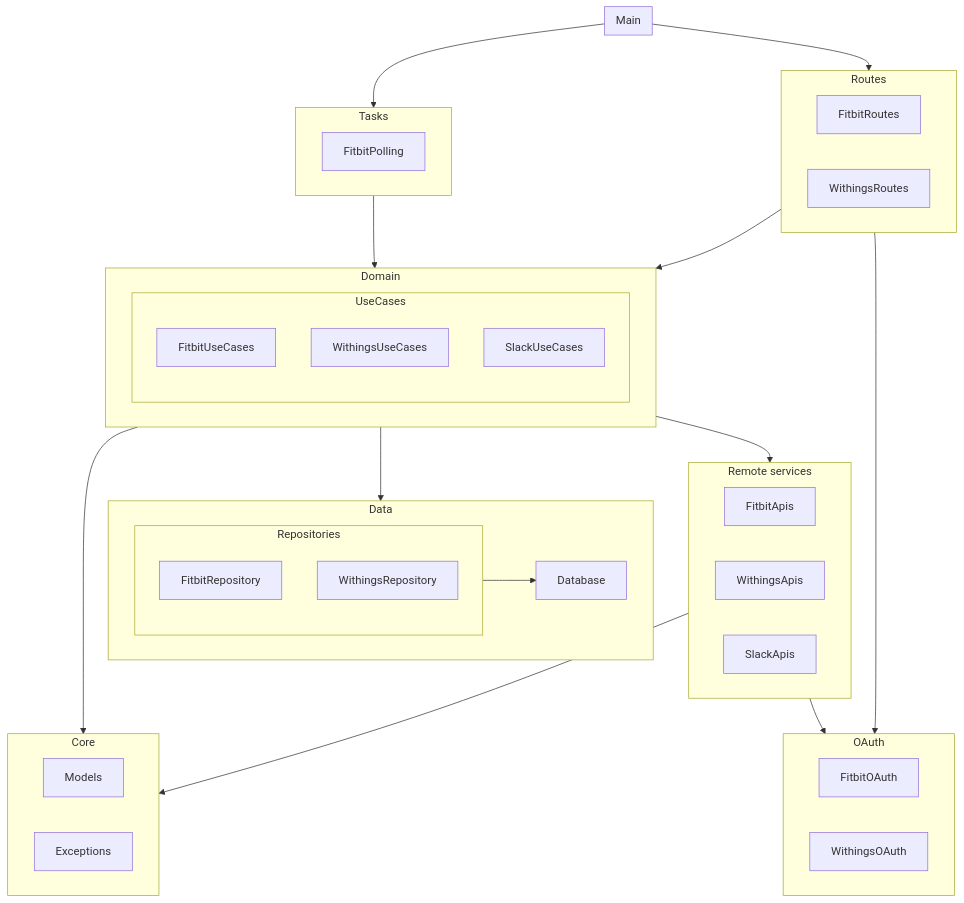
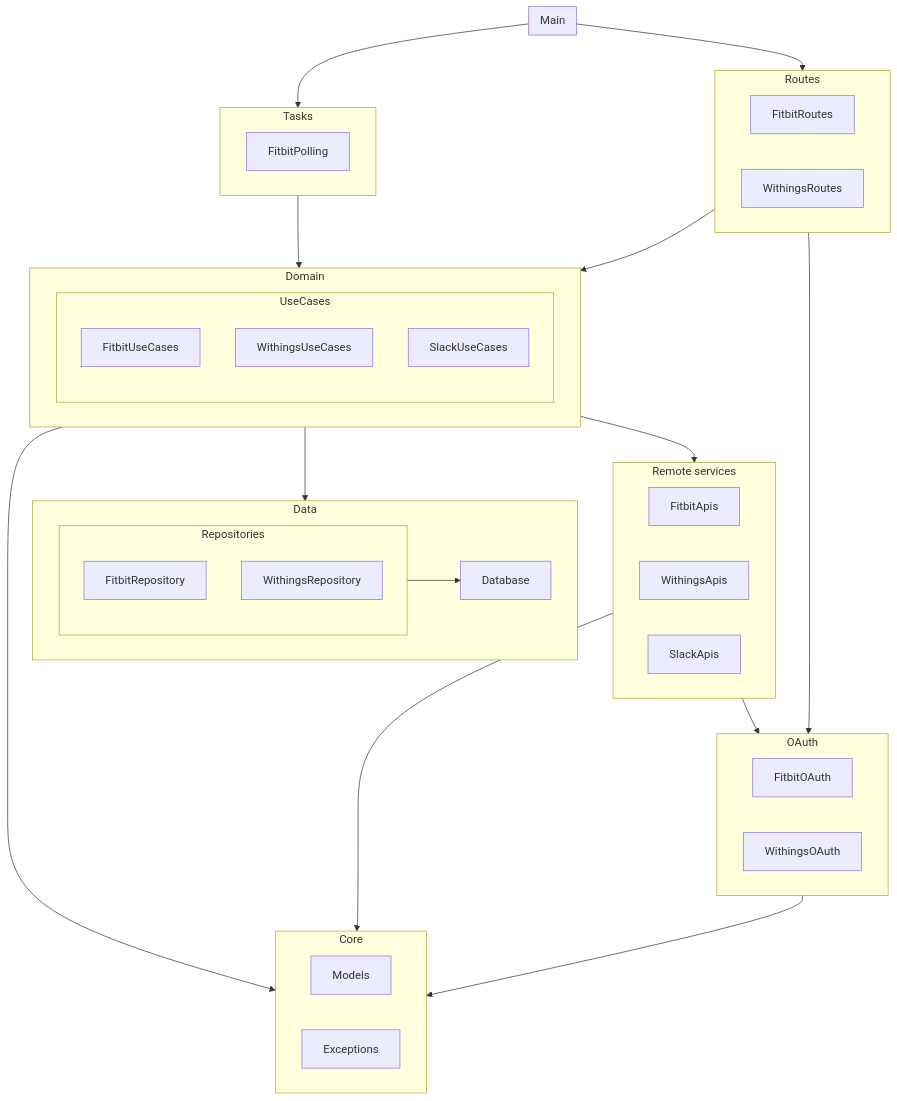
The second of 2 diagrams in docs/architecture.md (caarmen/withings-slack), drawn with Mermaid before and after one commit.

Commit message:
Update architecture.md
Add dependency from OAuth to Core in the architecture diagram.

````diff
--- a/docs/architecture.md
+++ b/docs/architecture.md
@@ -30,52 +30,53 @@
 ```mermaid
 graph TD
     subgraph Main
     end
     subgraph Routes
         FitbitRoutes
         WithingsRoutes
     end
     subgraph Tasks
         FitbitPolling
     end
     subgraph Domain
         subgraph UseCases
             FitbitUseCases
             WithingsUseCases
             SlackUseCases
         end
     end
     subgraph Data
         Database
         subgraph Repositories
             FitbitRepository
             WithingsRepository
         end
     end
     subgraph RemoteServices[Remote services]
         FitbitApis
         WithingsApis
         SlackApis
     end
     subgraph Core
         CoreModels[Models]
         Exceptions
     end
     subgraph OAuth
         FitbitOAuth
         WithingsOAuth
     end
 
 
     Main-->Routes
     Main-->Tasks
     Tasks-->Domain
     Routes-->Domain
     Repositories-->Database
     Domain-->Data
     Domain-->RemoteServices
     Domain-->Core
     RemoteServices-->Core
     RemoteServices-->OAuth
     Routes-->OAuth
+    OAuth-->Core
 ```
````
